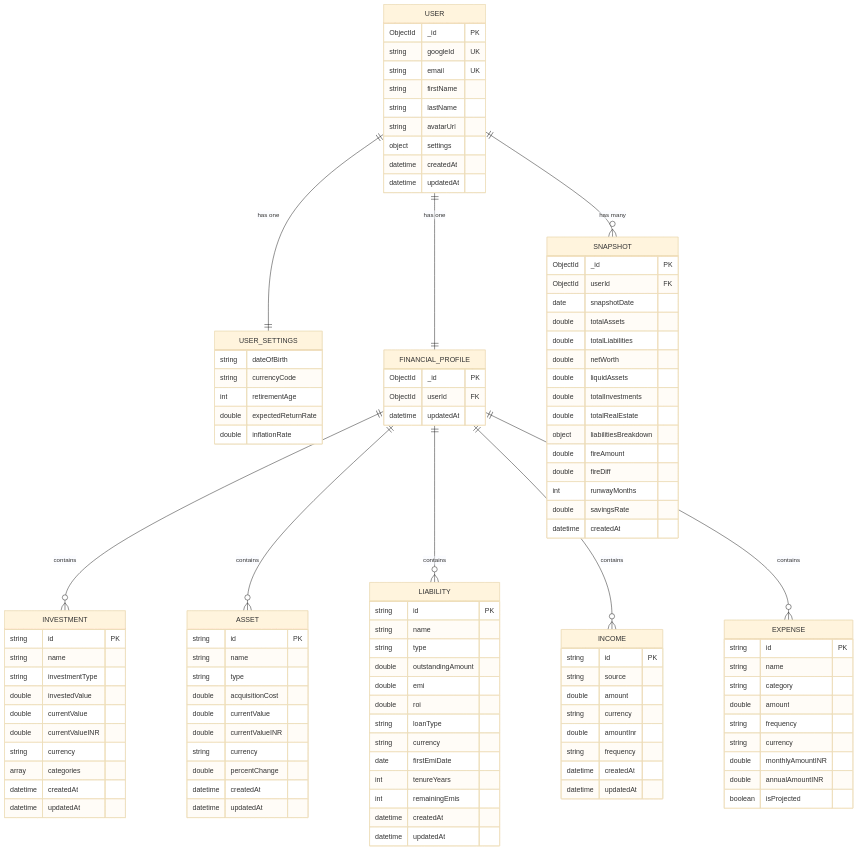
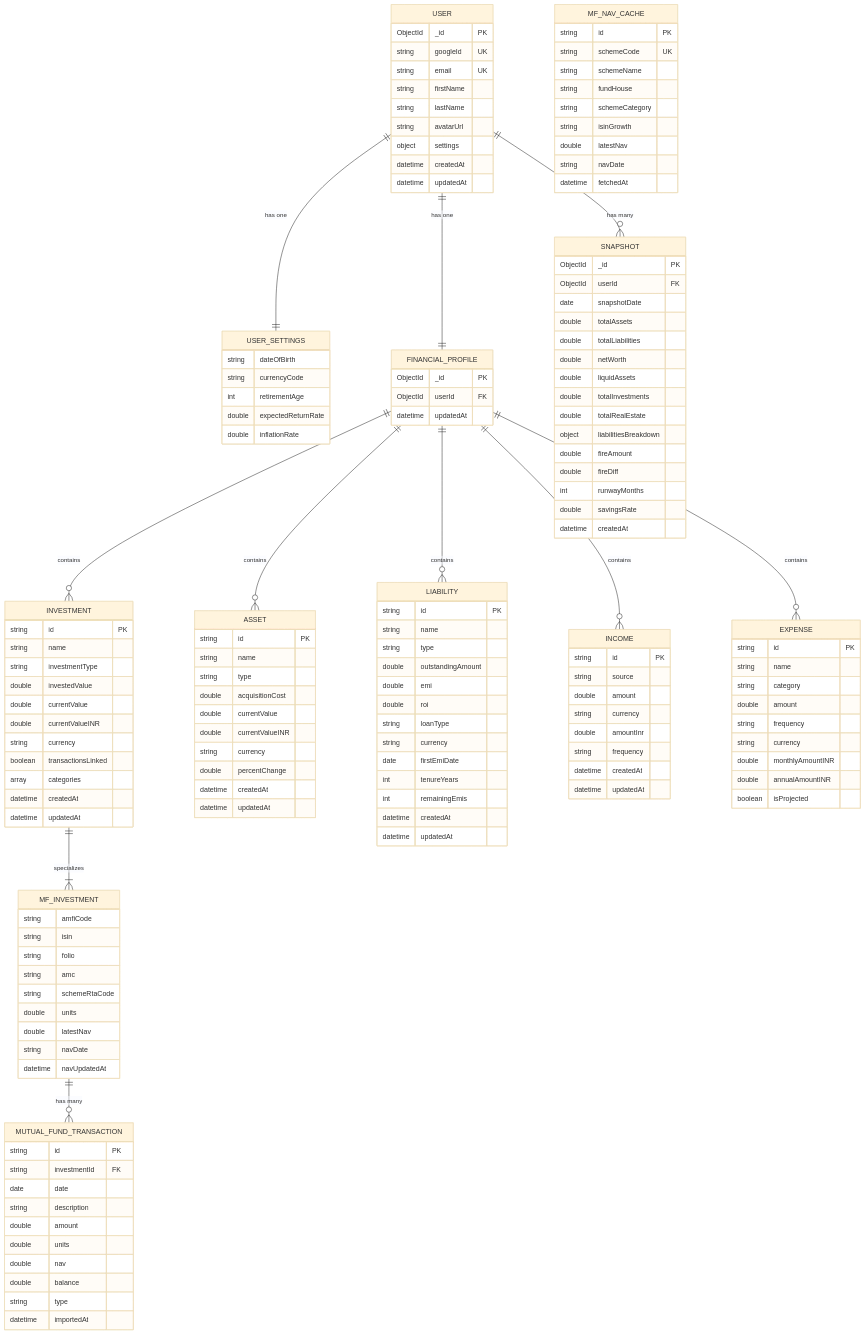
One commit to jayy2kok/networth changed the second of 2 diagrams in docs/architecture.md. Above: the diagram before and after it, drawn with Mermaid (base theme). The commit also changed other lines of this file and 23 other files, not shown here.

First line of the commit message:
feat: implement Mutual Fund CAS Import & Live NAV Pricing

````diff
--- a/docs/architecture.md
+++ b/docs/architecture.md
@@ -117,6 +134,7 @@
         double currentValue
         double currentValueINR
         string currency
+        boolean transactionsLinked
         array categories
         datetime createdAt
         datetime updatedAt
@@ -192,6 +210,43 @@
         datetime createdAt
     }
 
+    MF_INVESTMENT {
+        string amfiCode
+        string isin
+        string folio
+        string amc
+        string schemeRtaCode
+        double units
+        double latestNav
+        string navDate
+        datetime navUpdatedAt
+    }
+
+    MUTUAL_FUND_TRANSACTION {
+        string id PK
+        string investmentId FK
+        date date
+        string description
+        double amount
+        double units
+        double nav
+        double balance
+        string type
+        datetime importedAt
+    }
+
+    MF_NAV_CACHE {
+        string id PK
+        string schemeCode UK
+        string schemeName
+        string fundHouse
+        string schemeCategory
+        string isinGrowth
+        double latestNav
+        string navDate
+        datetime fetchedAt
+    }
+
     USER ||--|| FINANCIAL_PROFILE : "has one"
     USER ||--o{ SNAPSHOT : "has many"
     USER ||--|| USER_SETTINGS : "has one"
@@ -200,4 +255,6 @@
     FINANCIAL_PROFILE ||--o{ LIABILITY : "contains"
     FINANCIAL_PROFILE ||--o{ INCOME : "contains"
     FINANCIAL_PROFILE ||--o{ EXPENSE : "contains"
+    INVESTMENT ||--|{ MF_INVESTMENT : "specializes"
+    MF_INVESTMENT ||--o{ MUTUAL_FUND_TRANSACTION : "has many"
 ```
````
